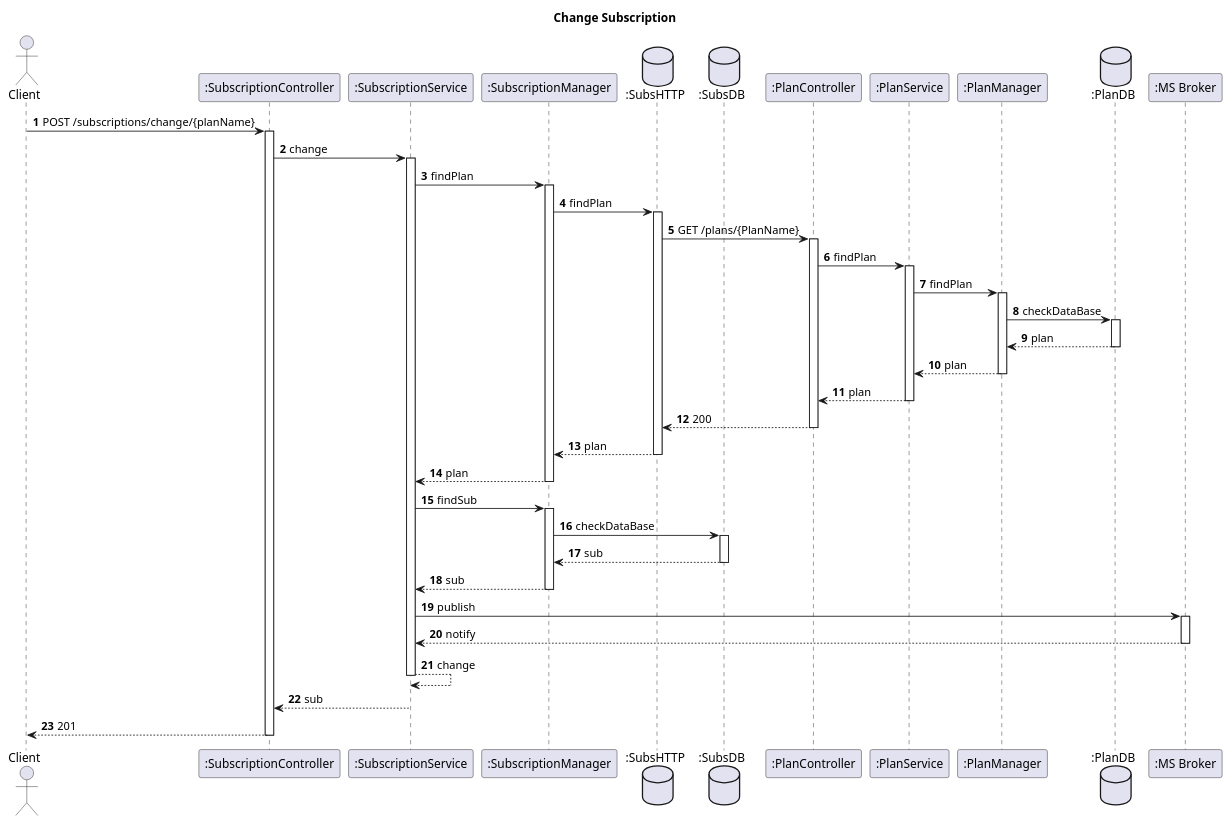
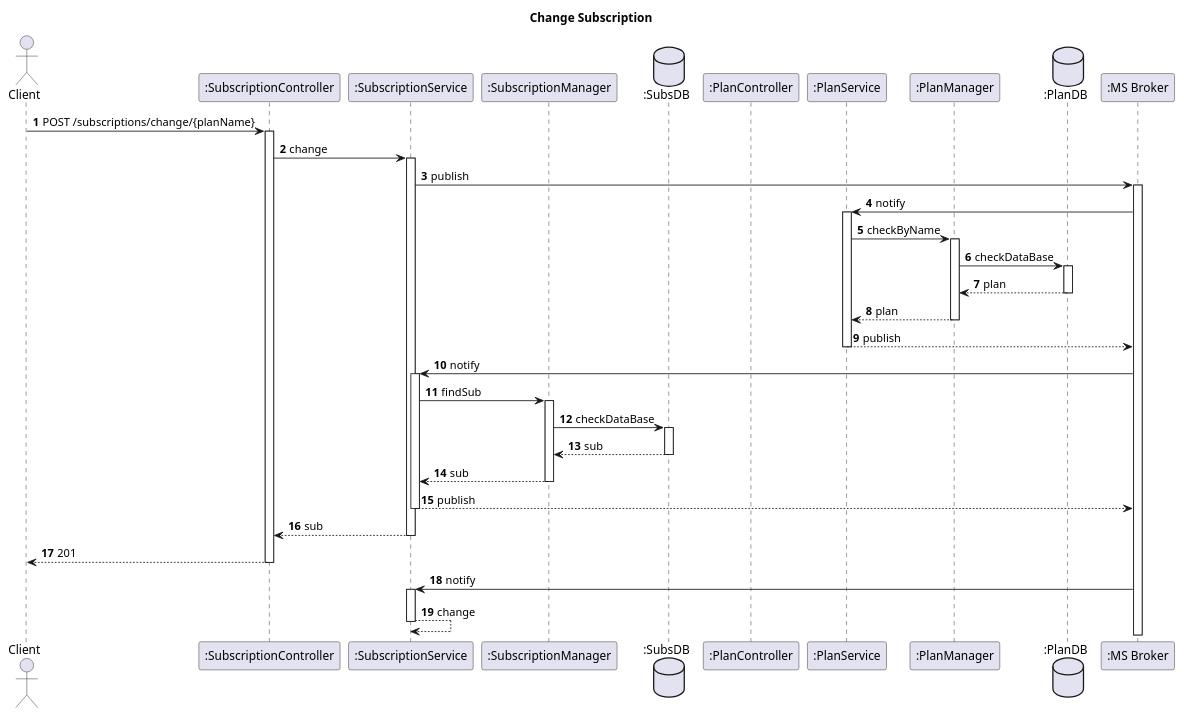
Before and after one commit to IsepMartimOliveira/SIDIS: the diagram in docs_sidis/Segunda_Avalição/Subs/Vista Logica/N3/ChangeSubs.puml, drawn with PlantUML. The commit also changed 8 other files, not shown here.

```diff
--- a/docs_sidis/Segunda_Avalição/Subs/Vista Logica/N3/ChangeSubs.puml
+++ b/docs_sidis/Segunda_Avalição/Subs/Vista Logica/N3/ChangeSubs.puml
@@ -1,45 +1,41 @@
 @startuml
 'https://plantuml.com/sequence-diagram
 autoactivate on
 autonumber
 title  Change Subscription
 
 autonumber
 
 actor "Client" as Ac
 participant ":SubscriptionController" as Auth
 participant ":SubscriptionService" as SService
 participant ":SubscriptionManager" as UManager
-database ":SubsHTTP" as SHTTP
 database ":SubsDB" as SDB
 participant ":PlanController" as Plan
 participant ":PlanService" as PService
 participant ":PlanManager" as PManager
 database ":PlanDB" as PDB
 participant ":MS Broker" as Broker
 
 Ac->Auth: POST /subscriptions/change/{planName}
 Auth->SService: change
-SService->UManager: findPlan
-UManager -> SHTTP: findPlan
-SHTTP -> Plan:GET /plans/{PlanName}
-Plan-> PService: findPlan
-PService->PManager: findPlan
-PManager->PDB:checkDataBase
+SService->Broker: publish
+Broker->PService: notify
+PService-> PManager: checkByName
+PManager-> PDB: checkDataBase
 PDB-->PManager:plan
 PManager-->PService:plan
-PService-->Plan:plan
-Plan-->SHTTP: 200
-SHTTP-->UManager:plan
-UManager--> SService:plan
+PService-->Broker: publish
+Broker->SService:notify
 SService->UManager: findSub
 UManager->SDB: checkDataBase
 SDB-->UManager:sub
 UManager --> SService:sub
-SService->Broker: publish
-Broker--> SService: notify
-SService --> SService: change
+SService-->Broker: publish
 SService -->Auth:sub
 Auth --> Ac : 201
+Broker-> SService: notify
+SService --> SService: change
+
 
 @enduml
```
